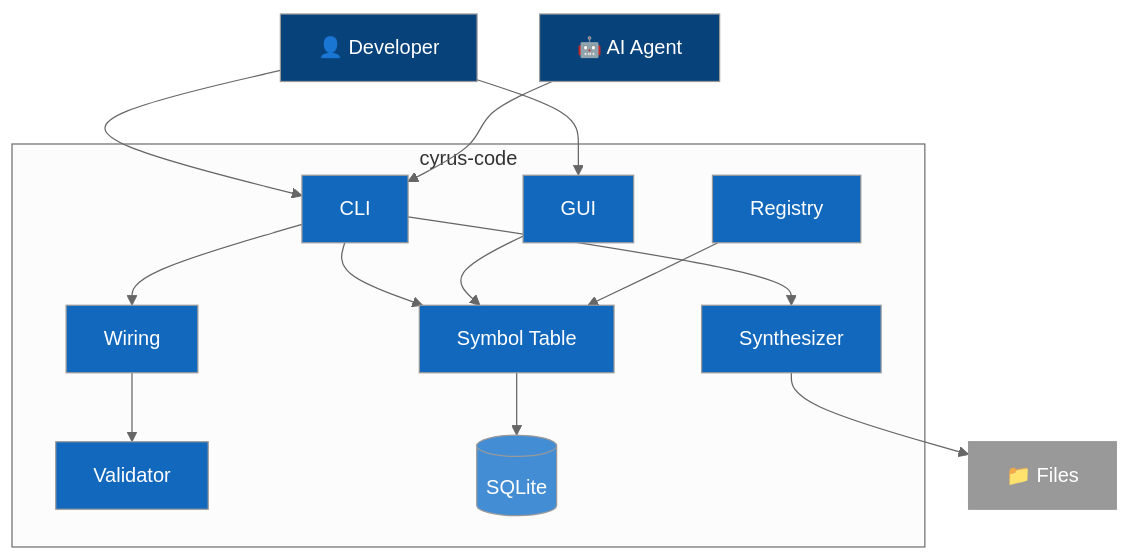
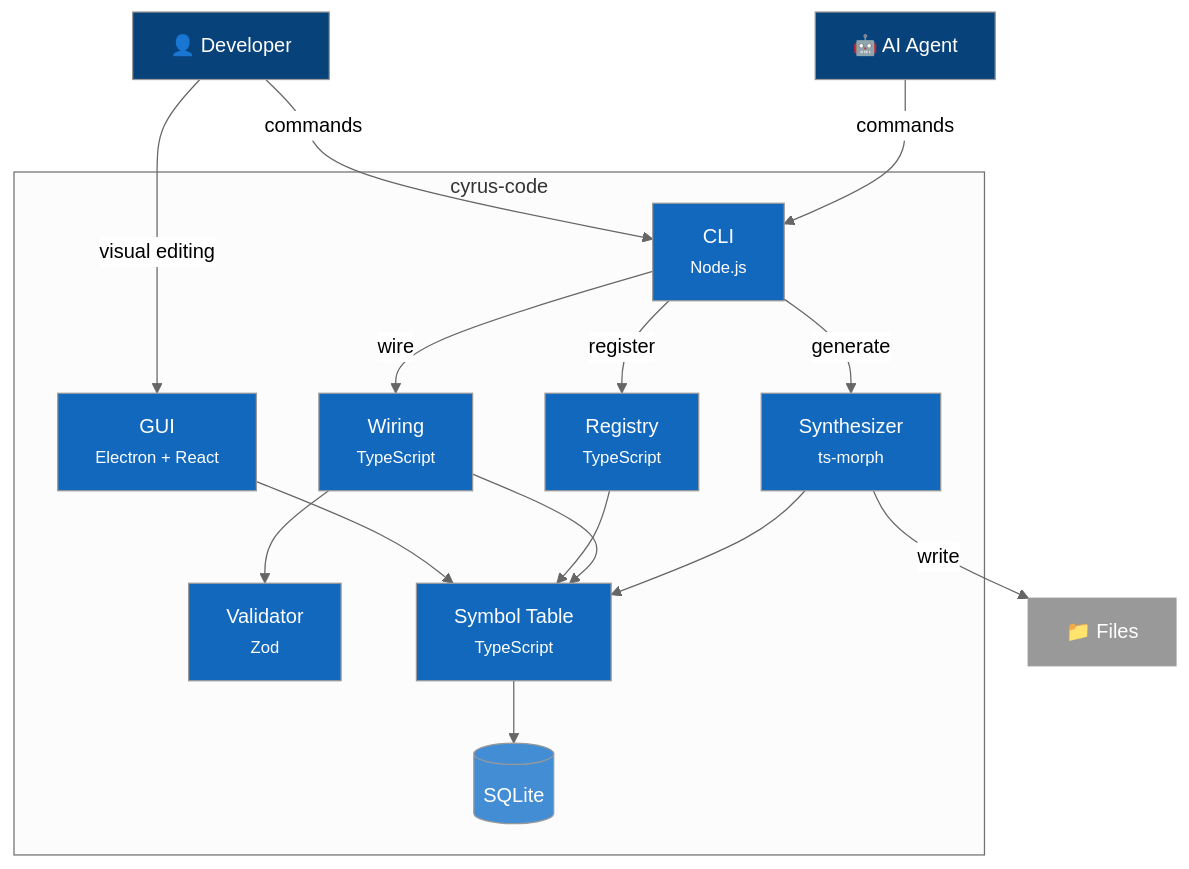
The diagram in docs/c4/2-container.md (louipr/cyrus-code), drawn with Mermaid (neutral theme) before and after one commit.

Commit message:
fix(c4): improve Level 2 Container diagram readability
- Add technology annotations to all containers (Node.js, Electron, etc.)
- Add relationship labels on key flows (commands, wire, register, generate)
- Simplify layout for cleaner rendering in Help dialog
- Fix container positioning (all inside system boundary)

🤖 Generated with [Claude Code](https://claude.com/claude-code)

````diff
--- a/docs/c4/2-container.md
+++ b/docs/c4/2-container.md
@@ -15,33 +15,42 @@
 ```mermaid
-flowchart TD
-    dev["👤 Developer"] --> cli & gui
-    ai["🤖 AI Agent"] --> cli
+flowchart TB
+    dev["👤 Developer"] -->|"commands"| cli
+    dev -->|"visual editing"| gui
+    ai["🤖 AI Agent"] -->|"commands"| cli
 
     subgraph cyrus ["cyrus-code"]
-        cli["CLI"]
-        gui["GUI"]
-        st["Symbol Table"]
-        reg["Registry"]
-        val["Validator"]
-        wire["Wiring"]
-        synth["Synthesizer"]
+        cli["CLI<br/><small>Node.js</small>"]
+        gui["GUI<br/><small>Electron + React</small>"]
+
+        reg["Registry<br/><small>TypeScript</small>"]
+        wire["Wiring<br/><small>TypeScript</small>"]
+        val["Validator<br/><small>Zod</small>"]
+        synth["Synthesizer<br/><small>ts-morph</small>"]
+
+        st["Symbol Table<br/><small>TypeScript</small>"]
         db[("SQLite")]
     end
 
-    cli & gui --> st
-    cli --> wire --> val
-    cli --> synth
+    cli -->|"register"| reg
+    cli -->|"wire"| wire
+    cli -->|"generate"| synth
+    gui --> st
+
+    reg --> st
+    wire --> val
+    wire --> st
+    synth --> st
+
     st --> db
-    reg --> st
-    synth --> fs["📁 Files"]
+    synth -->|"write"| fs["📁 Files"]
 
     classDef person fill:#08427b,color:#fff
     classDef container fill:#1168bd,color:#fff
     classDef storage fill:#438dd5,color:#fff
     classDef external fill:#999,color:#fff
 
     class dev,ai person
-    class cli,gui,st,reg,val,wire,synth container
+    class cli,gui,reg,wire,val,synth,st container
     class db storage
     class fs external
 ```
````
